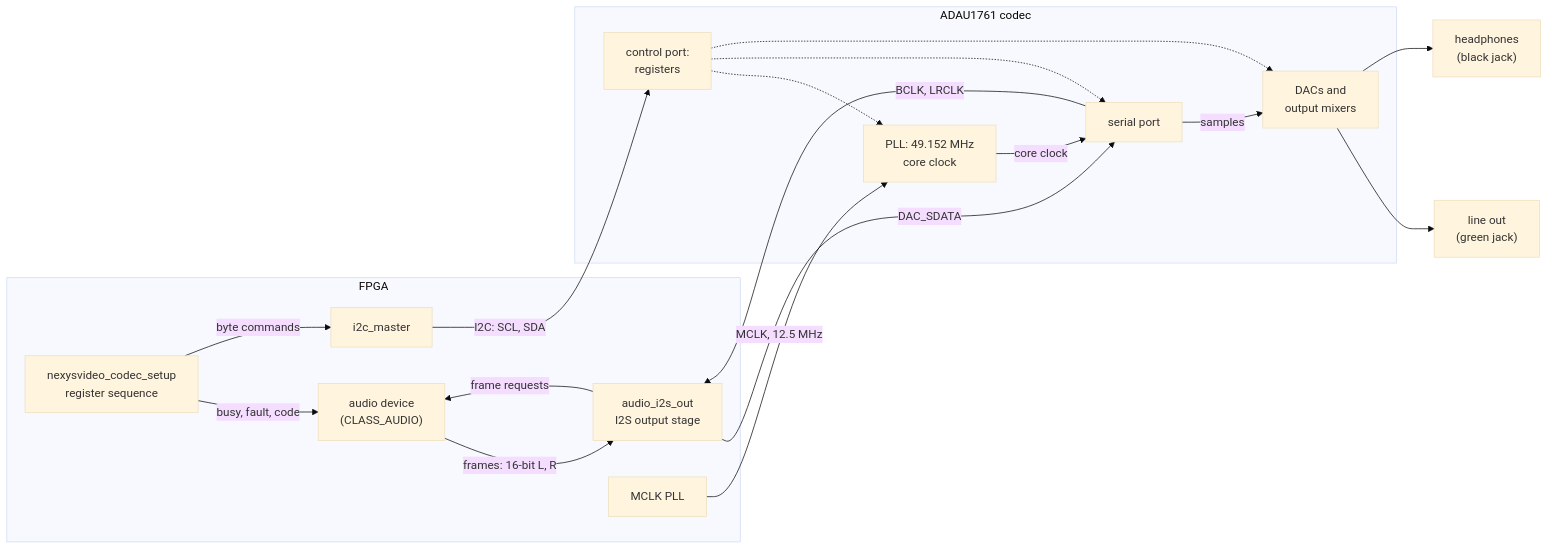
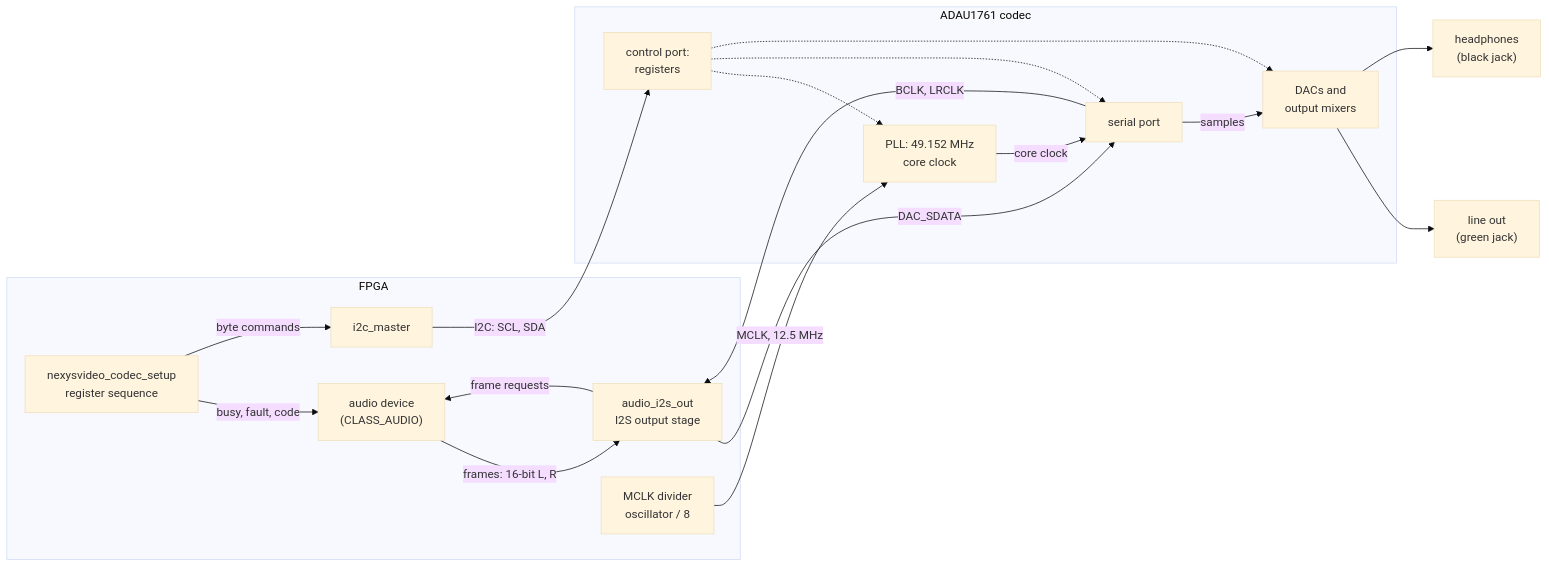
The diagram in doc/internals/nexysvideo/audio.md (lonemeow/penumbra-minicomputer), drawn with Mermaid (base theme) before and after one commit. The commit also changed other lines of this file and 8 other files, not shown here.

````diff
--- a/doc/internals/nexysvideo/audio.md
+++ b/doc/internals/nexysvideo/audio.md
@@ -22,31 +18,31 @@
 ```mermaid
 flowchart LR
     subgraph FPGA
         DEV["audio device<br/>(CLASS_AUDIO)"]
         I2S["audio_i2s_out<br/>I2S output stage"]
         SETUP["nexysvideo_codec_setup<br/>register sequence"]
         I2CM["i2c_master"]
-        MPLL["MCLK PLL"]
+        MDIV["MCLK divider<br/>oscillator / 8"]
     end
     subgraph CODEC["ADAU1761 codec"]
         CTRL["control port:<br/>registers"]
         CPLL["PLL: 49.152 MHz<br/>core clock"]
         SP["serial port"]
         DAC["DACs and<br/>output mixers"]
     end
     DEV -->|"frames: 16-bit L, R"| I2S
     I2S -->|"frame requests"| DEV
     SETUP -->|"busy, fault, code"| DEV
     SETUP -->|"byte commands"| I2CM
     I2CM -->|"I2C: SCL, SDA"| CTRL
-    MPLL -->|"MCLK, 12.5 MHz"| CPLL
+    MDIV -->|"MCLK, 12.5 MHz"| CPLL
     CPLL -->|"core clock"| SP
     SP -->|"BCLK, LRCLK"| I2S
     I2S -->|"DAC_SDATA"| SP
     SP -->|"samples"| DAC
     CTRL -.-> CPLL
     CTRL -.-> SP
     CTRL -.-> DAC
     DAC --> LINE["line out<br/>(green jack)"]
     DAC --> HP["headphones<br/>(black jack)"]
 ```
````
